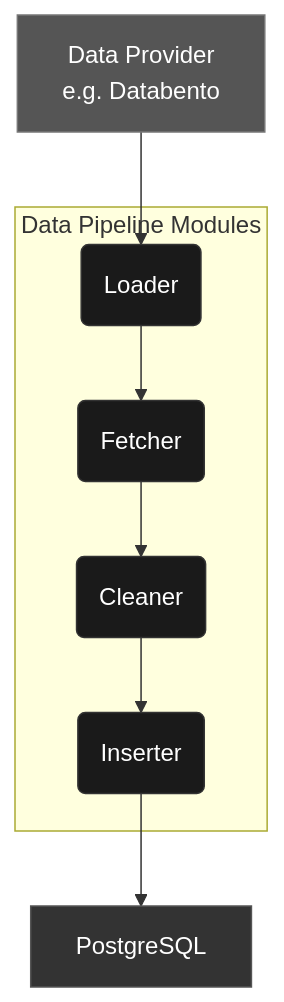
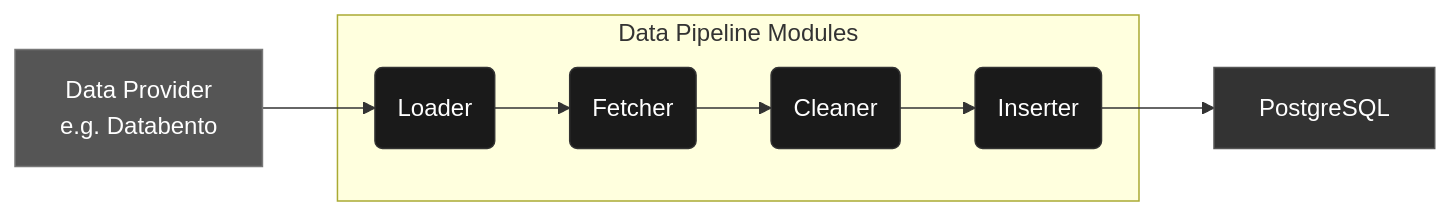
The diagram in README.md (AlgoGators/data-ngin), drawn with Mermaid before and after one commit. The commit also changed other lines of this file, not shown here.

````diff
--- a/README.md
+++ b/README.md
@@ -5,23 +5,24 @@
 ```mermaid 
-graph TD
-    A[Data Provider<br/>e.g. Databento] --> L(Loader);
-    L --> B(Fetcher);
-    B --> C(Cleaner);
-    C --> D(Inserter);
-    D --> E[PostgreSQL];
+graph LR
+    A[Data Provider<br/>e.g. Databento] --> L(Loader)
+    L --> B(Fetcher)
+    B --> C(Cleaner)
+    C --> D(Inserter)
+    D --> E[PostgreSQL]
 
     subgraph "Data Pipeline Modules"
-        L;
-        B;
-        C;
-        D;
+        L
+        B
+        C
+        D
     end
 
     classDef module fill:#1a1a1a,stroke:#333,stroke-width:1px,color:#fff;
     classDef storage fill:#333,stroke:#555,stroke-width:1px,color:#fff;
     classDef source fill:#555,stroke:#777,stroke-width:1px,color:#fff;
 
     class L,B,C,D module;
     class E storage;
     class A source;
+
 ```
````
